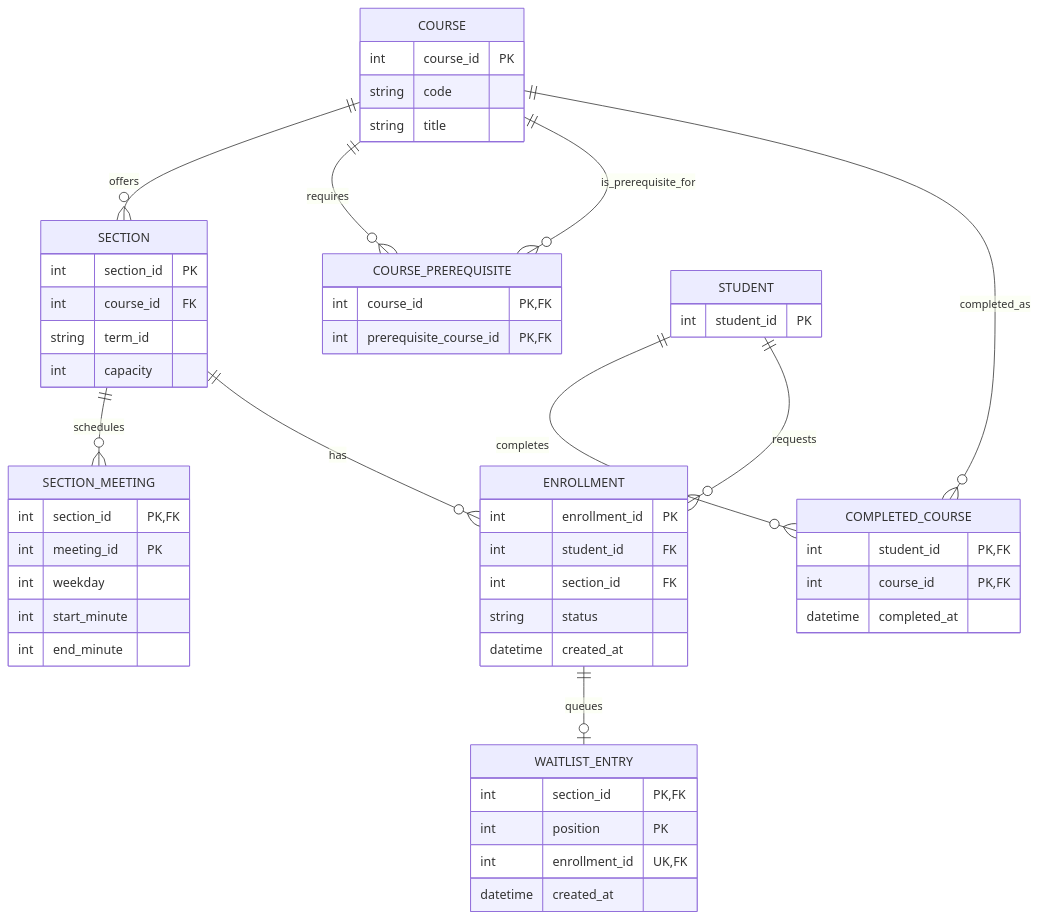
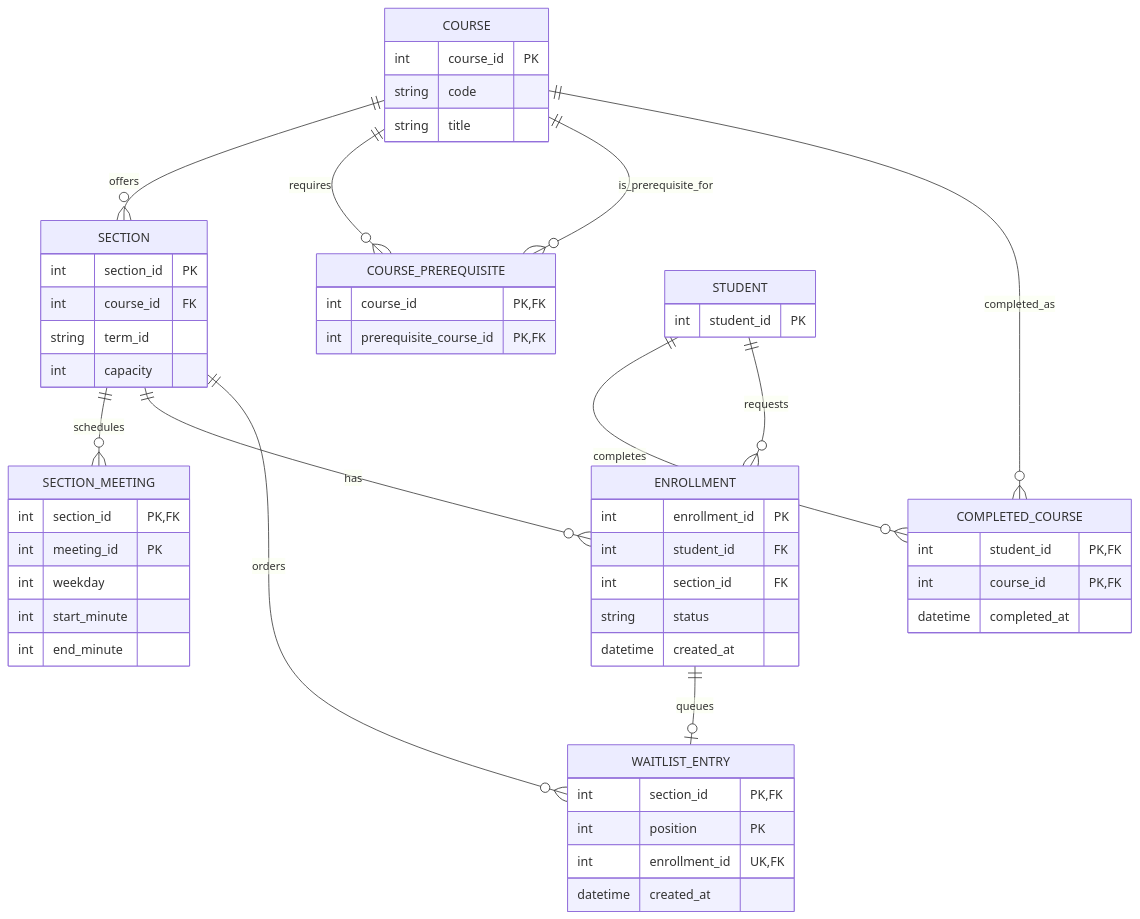
One commit to KevinVilchisAy/bloomberg-interview-practice changed the second of 2 diagrams in solutions/system-design/07-course-enrollment-waitlist.md. Above: the diagram before and after it, drawn with Mermaid. The commit also changed 6 other files, not shown here.

Commit message:
docs: audit System Design Mermaid relationships and rendering (#31)

````diff
--- a/solutions/system-design/07-course-enrollment-waitlist.md
+++ b/solutions/system-design/07-course-enrollment-waitlist.md
@@ -46,56 +46,57 @@
 ```mermaid
 erDiagram
     COURSE ||--o{ SECTION : offers
     SECTION ||--o{ SECTION_MEETING : schedules
     COURSE ||--o{ COURSE_PREREQUISITE : requires
     COURSE ||--o{ COURSE_PREREQUISITE : is_prerequisite_for
     STUDENT ||--o{ COMPLETED_COURSE : completes
     COURSE ||--o{ COMPLETED_COURSE : completed_as
     STUDENT ||--o{ ENROLLMENT : requests
     SECTION ||--o{ ENROLLMENT : has
+    SECTION ||--o{ WAITLIST_ENTRY : orders
     ENROLLMENT ||--o| WAITLIST_ENTRY : queues
 
     STUDENT {
         int student_id PK
     }
     COURSE {
         int course_id PK
         string code
         string title
     }
     SECTION {
         int section_id PK
         int course_id FK
         string term_id
         int capacity
     }
     SECTION_MEETING {
         int section_id PK, FK
         int meeting_id PK
         int weekday
         int start_minute
         int end_minute
     }
     COURSE_PREREQUISITE {
         int course_id PK, FK
         int prerequisite_course_id PK, FK
     }
     COMPLETED_COURSE {
         int student_id PK, FK
         int course_id PK, FK
         datetime completed_at
     }
     ENROLLMENT {
         int enrollment_id PK
         int student_id FK
         int section_id FK
         string status
         datetime created_at
     }
     WAITLIST_ENTRY {
         int section_id PK, FK
         int position PK
         int enrollment_id UK, FK
         datetime created_at
     }
 ```
````
